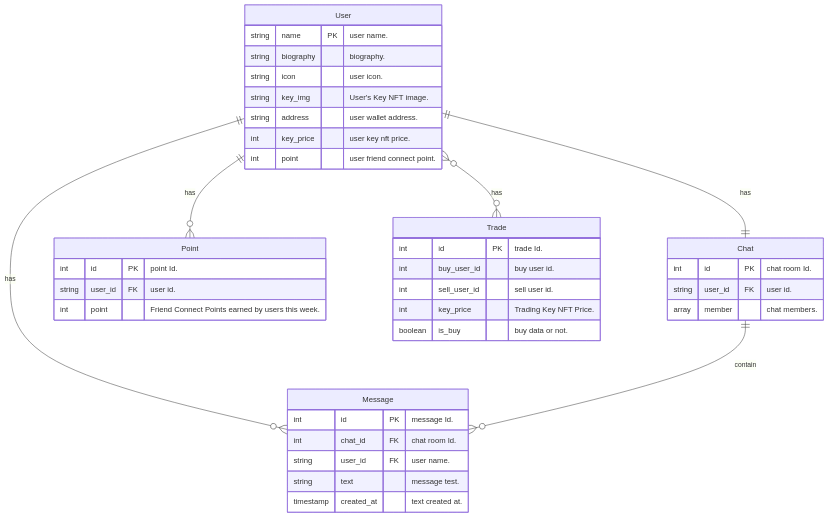
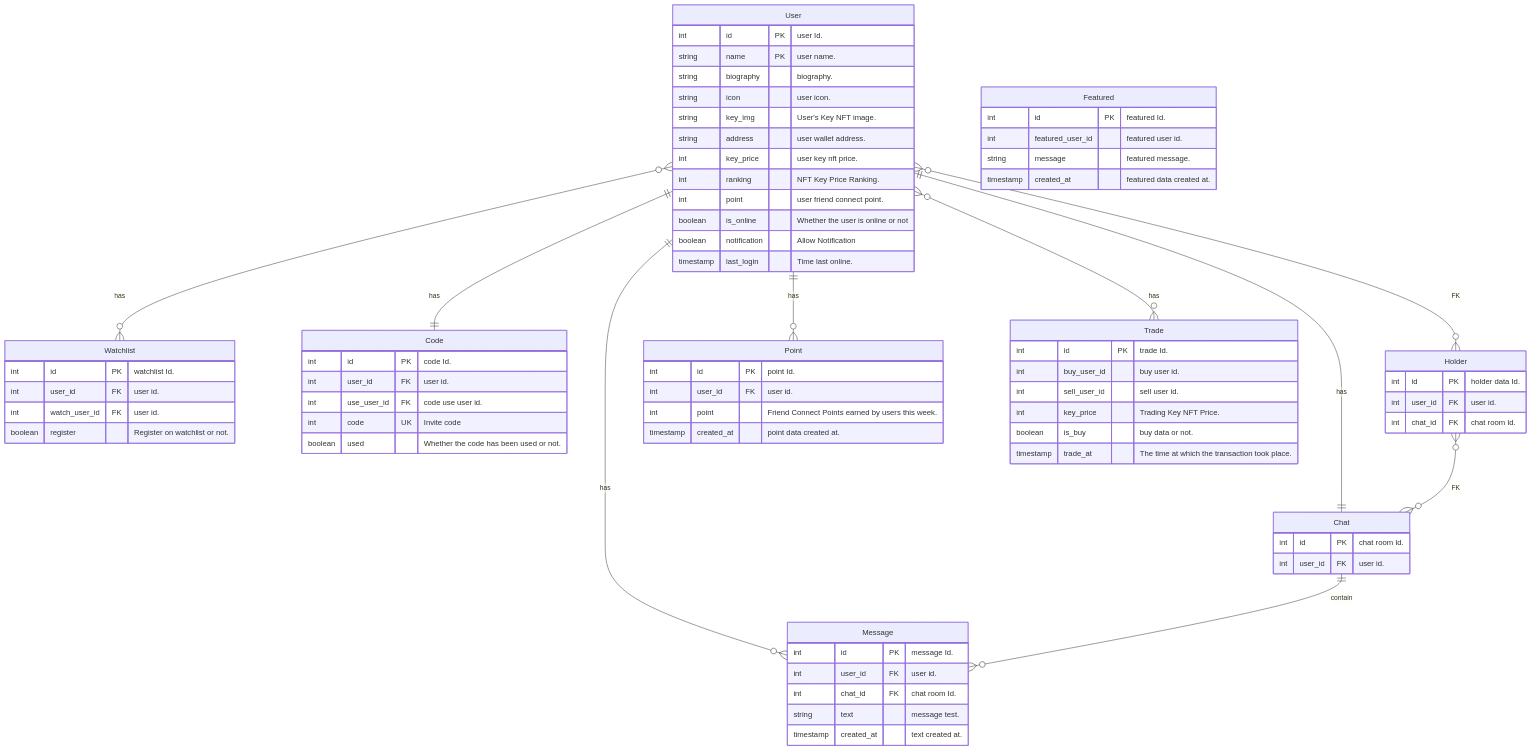
The diagram in docs/er/er.md (Timeless-Org/friend-connect), drawn with Mermaid before and after one commit. The commit also changed 3 other files, not shown here.

Commit message:
#1 🚀 add api & update er diagram

````diff
--- a/docs/er/er.md
+++ b/docs/er/er.md
@@ -3,44 +3,75 @@
 ```mermaid
 erDiagram
     User {
+        int id PK "user Id."
         string name PK "user name."
         string biography "biography."
         string icon "user icon."
         string key_img "User's Key NFT image."
         string address "user wallet address."
         int key_price "user key nft price."
+        int ranking "NFT Key Price Ranking."
         int point "user friend connect point."
+        boolean is_online "Whether the user is online or not"
+        boolean notification "Allow Notification"
+        timestamp last_login "Time last online."
+    }
+    Watchlist {
+        int id PK "watchlist Id."
+        int user_id FK "user id."
+        int watch_user_id FK "user id."
+        boolean register "Register on watchlist or not."
+    }
+    Code {
+        int id PK "code Id."
+        int user_id FK "user id."
+        int use_user_id FK "code use user id."
+        int code UK "Invite code"
+        boolean used "Whether the code has been used or not."
     }
     Chat {
         int id PK "chat room Id."
-        string user_id FK "user id."
-        array member "chat members."
-
+        int user_id FK "user id."
     }
     Message {
         int id PK "message Id."
+        int user_id FK "user id."
         int chat_id FK "chat room Id."
-        string user_id FK "user name."
         string text "message test."
         timestamp created_at "text created at."
     }
+    Holder {
+        int id PK "holder data Id."
+        int user_id FK "user id."
+        int chat_id FK "chat room Id."
+    }
     Point {
         int id PK "point Id."
-        string user_id FK "user id."
+        int user_id FK "user id."
         int point "Friend Connect Points earned by users this week."
+        timestamp created_at "point data created at."
     }
-
     Trade {
         int id PK "trade Id."
         int buy_user_id "buy user id."
         int sell_user_id "sell user id."
         int key_price "Trading Key NFT Price."
         boolean is_buy "buy data or not."
+        timestamp trade_at "The time at which the transaction took place."
     }
-
+    Featured {
+        int id PK "featured Id."
+        int featured_user_id "featured user id."
+        string message "featured message."
+        timestamp created_at "featured data created at."
+    }
     User ||--o{ Point: has
+    User ||--|| Code: has
     User ||--|| Chat: has
     User ||--o{ Message: has
     User }o--o{ Trade: has
+    User }o--o{ Watchlist: has
+    User }o--o{ Holder: FK
     Chat ||--o{ Message: contain
+    Holder }o--o{ Chat: FK
 ```
````
